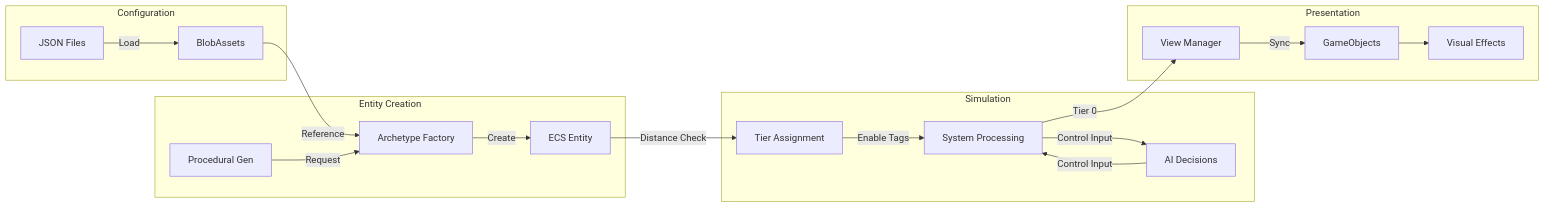
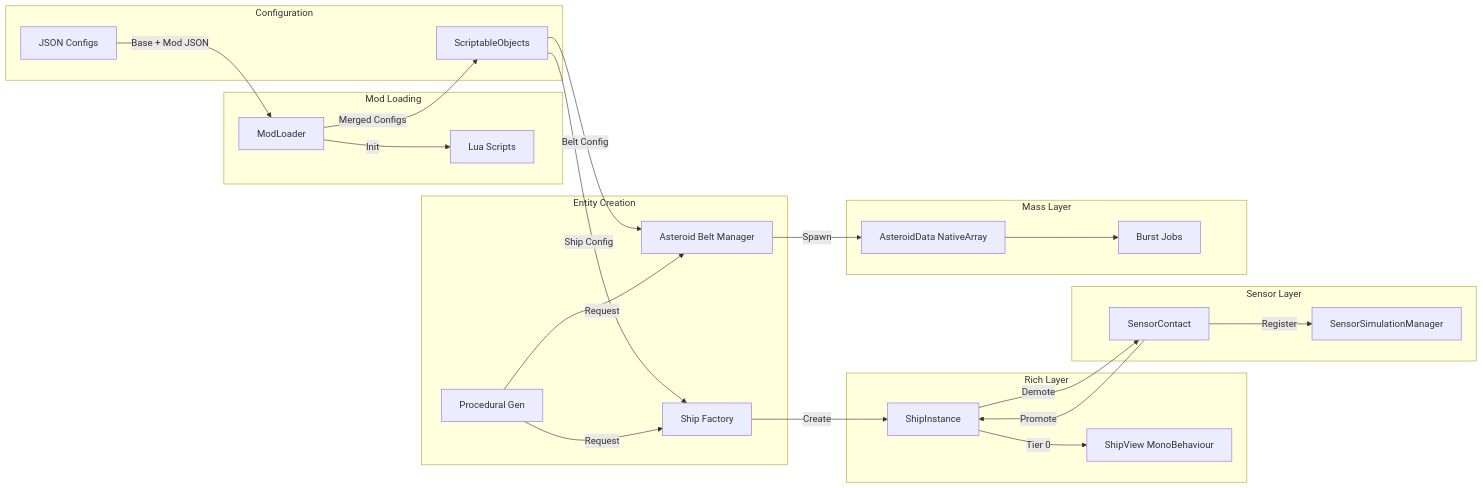
One commit to zephkelly/starfire changed the second of 5 diagrams in .obsidian/architecture/00-overview.md. Above: the diagram before and after it, drawn with Mermaid. The commit also changed other lines of this file and 27 other files, not shown here.

Commit message:
feat: update architecture docs to include modding system

````diff
--- a/.obsidian/architecture/00-overview.md
+++ b/.obsidian/architecture/00-overview.md
@@ -64,37 +101,50 @@
 ```mermaid
 flowchart LR
     subgraph Config["Configuration"]
-        JSON[JSON Files]
-        BLOB[BlobAssets]
+        JSON[JSON Configs]
+        SO[ScriptableObjects]
+    end
+
+    subgraph Mods["Mod Loading"]
+        ML[ModLoader]
+        LUA[Lua Scripts]
     end
 
     subgraph Spawn["Entity Creation"]
         PROC[Procedural Gen]
-        ARCH[Archetype Factory]
-        ENT[ECS Entity]
+        FACTORY[Ship Factory]
+        BELT[Asteroid Belt Manager]
     end
 
-    subgraph Sim["Simulation"]
-        TIER[Tier Assignment]
-        SYS[System Processing]
-        AI[AI Decisions]
+    subgraph Rich["Rich Layer"]
+        SHIP[ShipInstance]
+        VIEW[ShipView MonoBehaviour]
     end
 
-    subgraph Present["Presentation"]
-        VIEW[View Manager]
-        GO[GameObjects]
-        FX[Visual Effects]
+    subgraph Sensor["Sensor Layer"]
+        CONTACT[SensorContact]
+        SIMGR[SensorSimulationManager]
     end
 
-    JSON -->|Load| BLOB
-    BLOB -->|Reference| ARCH
-    PROC -->|Request| ARCH
-    ARCH -->|Create| ENT
-    ENT -->|Distance Check| TIER
-    TIER -->|Enable Tags| SYS
-    SYS -->|Control Input| AI
-    AI -->|Control Input| SYS
-    SYS -->|Tier 0| VIEW
-    VIEW -->|Sync| GO
-    GO --> FX
+    subgraph Mass["Mass Layer"]
+        AST[AsteroidData NativeArray]
+        BURST[Burst Jobs]
+    end
+
+    JSON -->|Base + Mod JSON| ML
+    ML -->|Merged Configs| SO
+    ML -->|Init| LUA
+    SO -->|Ship Config| FACTORY
+    SO -->|Belt Config| BELT
+    PROC -->|Request| FACTORY
+    PROC -->|Request| BELT
+
+    FACTORY -->|Create| SHIP
+    SHIP -->|Tier 0| VIEW
+    SHIP -->|Demote| CONTACT
+    CONTACT -->|Promote| SHIP
+    CONTACT -->|Register| SIMGR
+
+    BELT -->|Spawn| AST
+    AST --> BURST
 ```
````
